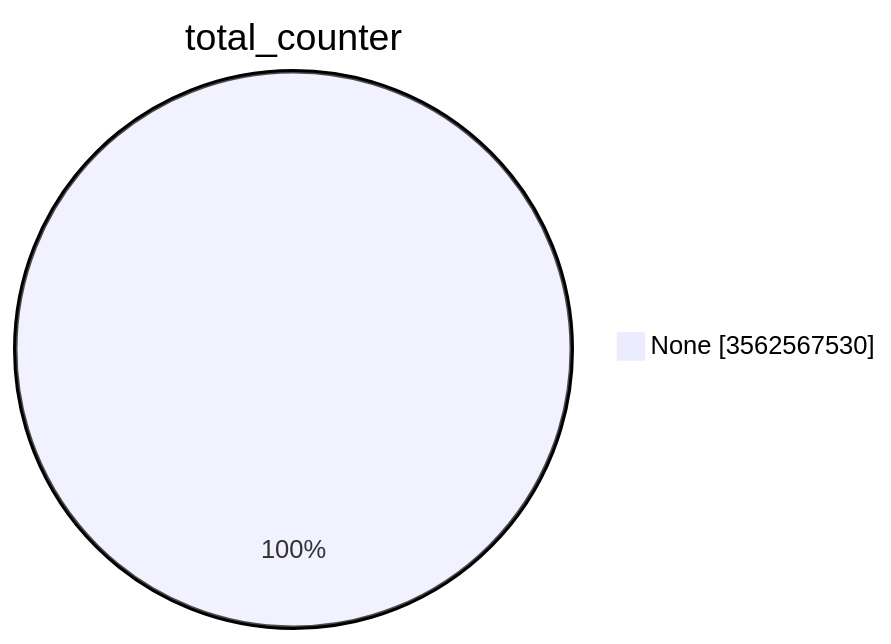
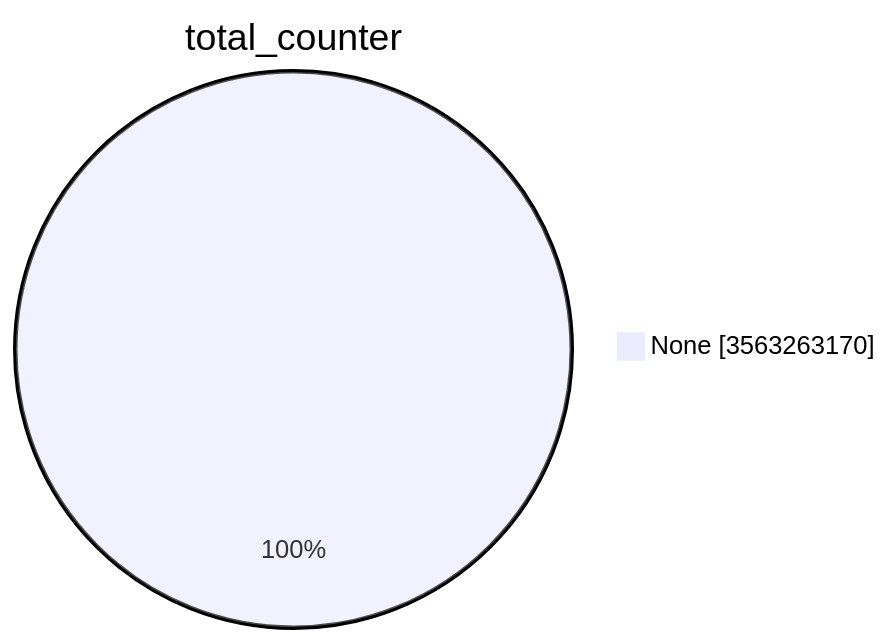
One commit to christiankrug/ctmonitor_visualization changed the first of 15 diagrams in TOTAL/README.md. Above: the diagram before and after it, drawn with Mermaid. The commit also changed other lines of this file, not shown here.

````diff
--- a/TOTAL/README.md
+++ b/TOTAL/README.md
@@ -1,5 +1,5 @@
 ```mermaid
 pie showData
 title total_counter
-"None" :3562567530
+"None" :3563263170
 ```
````
